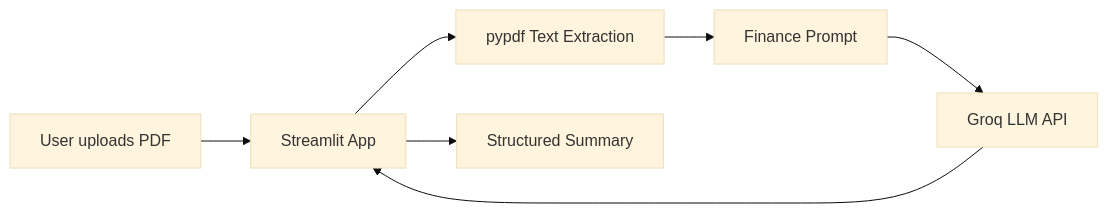
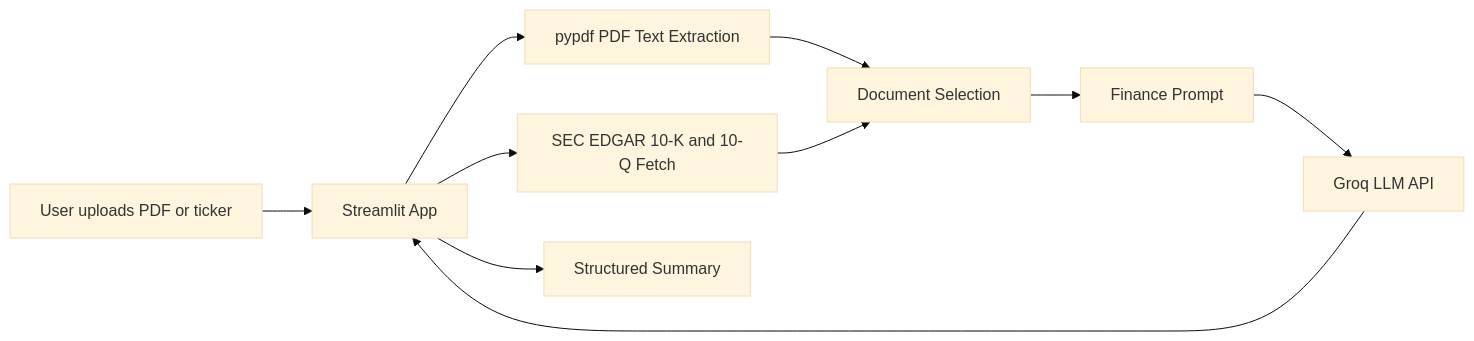
The diagram in docs/PHASE_1_BEGINNER_MVP.md (ankushporwal90/IB-learning-toolkit), drawn with Mermaid (base theme) before and after one commit. The commit also changed other lines of this file and 7 other files, not shown here.

````diff
--- a/docs/PHASE_1_BEGINNER_MVP.md
+++ b/docs/PHASE_1_BEGINNER_MVP.md
@@ -33,9 +36,12 @@
 ```mermaid
 flowchart LR
-    User[User uploads PDF] --> UI[Streamlit App]
-    UI --> Parser[pypdf Text Extraction]
-    Parser --> Prompt[Finance Prompt]
+    User[User uploads PDF or ticker] --> UI[Streamlit App]
+    UI --> Parser[pypdf PDF Text Extraction]
+    UI --> SEC[SEC EDGAR 10-K and 10-Q Fetch]
+    Parser --> Choice[Document Selection]
+    SEC --> Choice
+    Choice --> Prompt[Finance Prompt]
     Prompt --> Groq[Groq LLM API]
     Groq --> UI
     UI --> Summary[Structured Summary]
 ```
````
